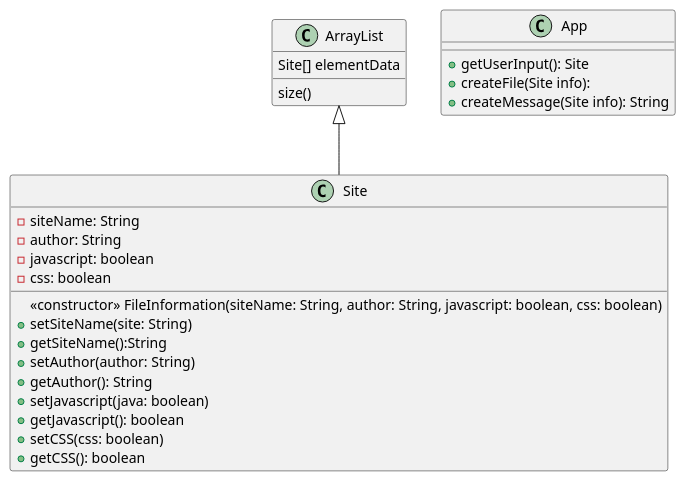
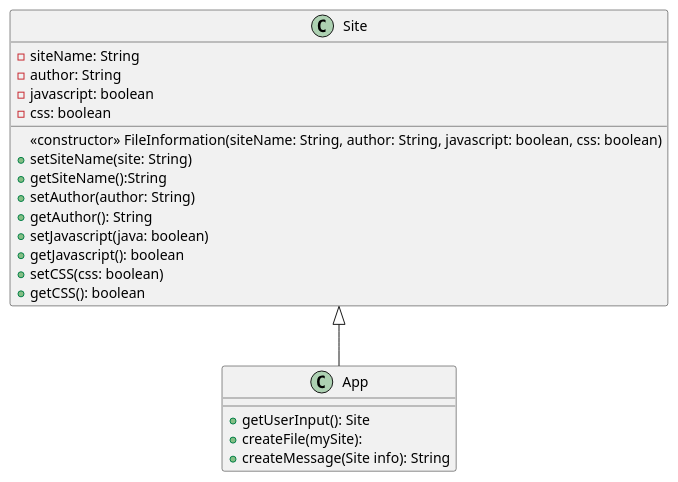
The diagram in src/main/java/ex43/ex43plan.puml (ashley-m0/OOP-Practice-Problems-Part2), drawn with PlantUML before and after one commit. The commit also changed 6 other files, not shown here.

```diff
--- a/src/main/java/ex43/ex43plan.puml
+++ b/src/main/java/ex43/ex43plan.puml
@@ -1,34 +1,29 @@
 @startuml
 'https://plantuml.com/class-diagram
 
-ArrayList <|-- Site
+Site <|-- App
 
 class App{
     + getUserInput(): Site
-    + createFile(Site info):
+    + createFile(mySite):
     + createMessage(Site info): String
-}
-
-class ArrayList {
-Site[] elementData
-size()
 }
 
 class Site{
     - siteName: String
     - author: String
     - javascript: boolean
     - css: boolean
 
     <<constructor>> FileInformation(siteName: String, author: String, javascript: boolean, css: boolean)
     + setSiteName(site: String)
     + getSiteName():String
     + setAuthor(author: String)
     + getAuthor(): String
     + setJavascript(java: boolean)
     + getJavascript(): boolean
     + setCSS(css: boolean)
     + getCSS(): boolean
 }
 
 @enduml
```
